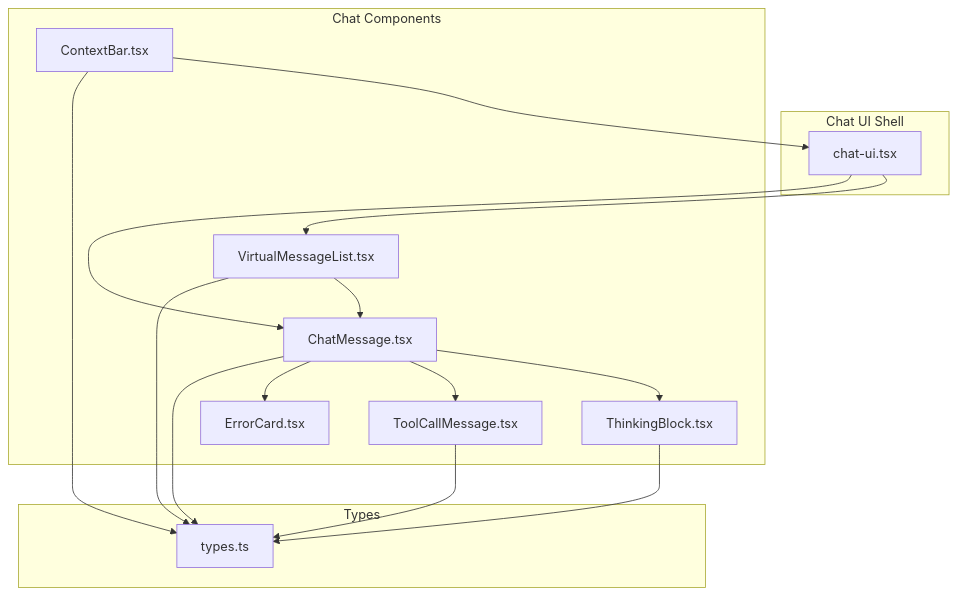
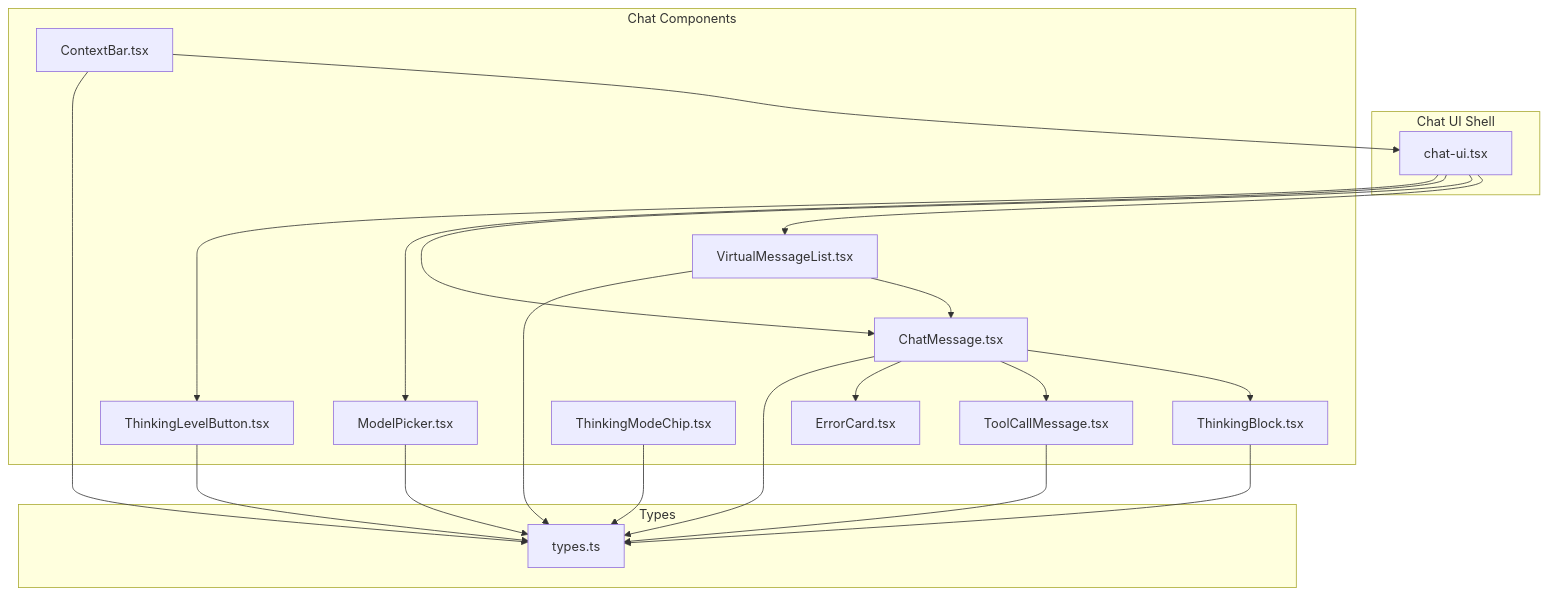
Before and after one commit to novolei/if2Ai: the first of 11 diagrams in .qoder/repowiki/en/content/Frontend Application/UI Component Library/Chat Interface Components.md, drawn with Mermaid. The commit also changed other lines of this file and 32 other files, not shown here.

````diff
--- a/.qoder/repowiki/en/content/Frontend Application/UI Component Library/Chat Interface Components.md
+++ b/.qoder/repowiki/en/content/Frontend Application/UI Component Library/Chat Interface Components.md
@@ -32,29 +43,37 @@
 ```mermaid
 graph TB
 subgraph "Chat UI Shell"
 ChatUI["chat-ui.tsx"]
 end
 subgraph "Chat Components"
 VM["VirtualMessageList.tsx"]
 CM["ChatMessage.tsx"]
 TB["ThinkingBlock.tsx"]
 TCM["ToolCallMessage.tsx"]
 CB["ContextBar.tsx"]
+MP["ModelPicker.tsx"]
+TLB["ThinkingLevelButton.tsx"]
+TMC["ThinkingModeChip.tsx"]
 ERR["ErrorCard.tsx"]
 end
 subgraph "Types"
 T["types.ts"]
 end
 ChatUI --> VM
 ChatUI --> CM
+ChatUI --> MP
+ChatUI --> TLB
 CM --> TB
 CM --> TCM
 CM --> ERR
 VM --> CM
 CB --> ChatUI
 CM --> T
 VM --> T
 TCM --> T
 TB --> T
 CB --> T
+MP --> T
+TLB --> T
+TMC --> T
 ```
````
